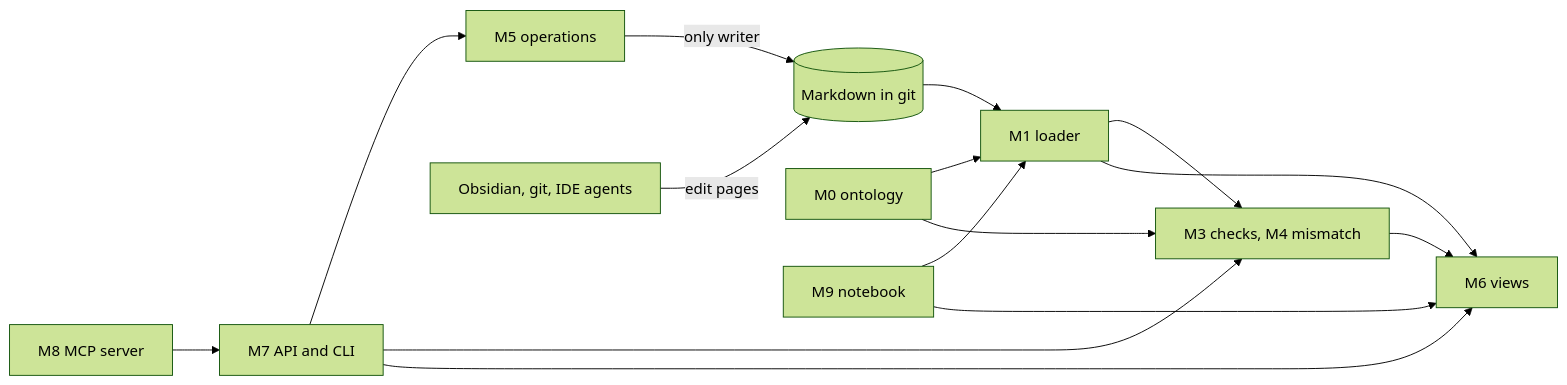
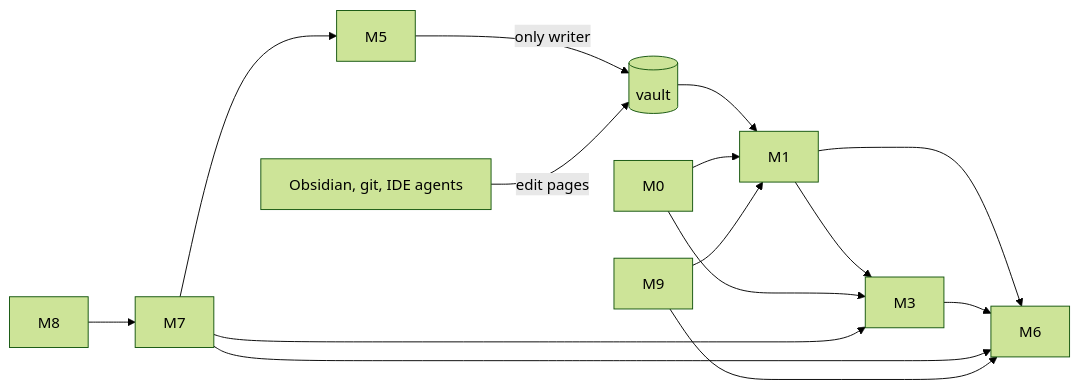
One commit to DynamicalSystemsGroup/scat-kg-tools changed the diagram in contracts/architecture.md. Above: the diagram before and after it, drawn with Mermaid (forest theme). The commit also changed other lines of this file and 1 other file, not shown here.

Commit message:
WP15-U1: revise architecture document for reviewers' findings; answers recorded

````diff
--- a/contracts/architecture.md
+++ b/contracts/architecture.md
@@ -43,12 +40,11 @@
 ```mermaid
 flowchart LR
-  MD[(Markdown in git)] --> L[M1 loader]
-  ONT[M0 ontology] --> L & C
-  L --> C[M3 checks, M4 mismatch]
-  L & C --> V[M6 views]
-  O[M5 operations] -->|only writer| MD
-  A[M7 API and CLI] --> O & C & V
-  MCP[M8 MCP server] --> A
-  NB[M9 notebook] --> L & V
-  E[Obsidian, git, IDE agents] -->|edit pages| MD
+  MD[(vault)] --> M1 --> M3
+  M0 --> M1 & M3
+  M1 & M3 --> M6
+  M5 -->|only writer| MD
+  M7 --> M5 & M3 & M6
+  M8 --> M7
+  M9 --> M1 & M6
+  OBS[Obsidian, git, IDE agents] -->|edit pages| MD
 ```
````
